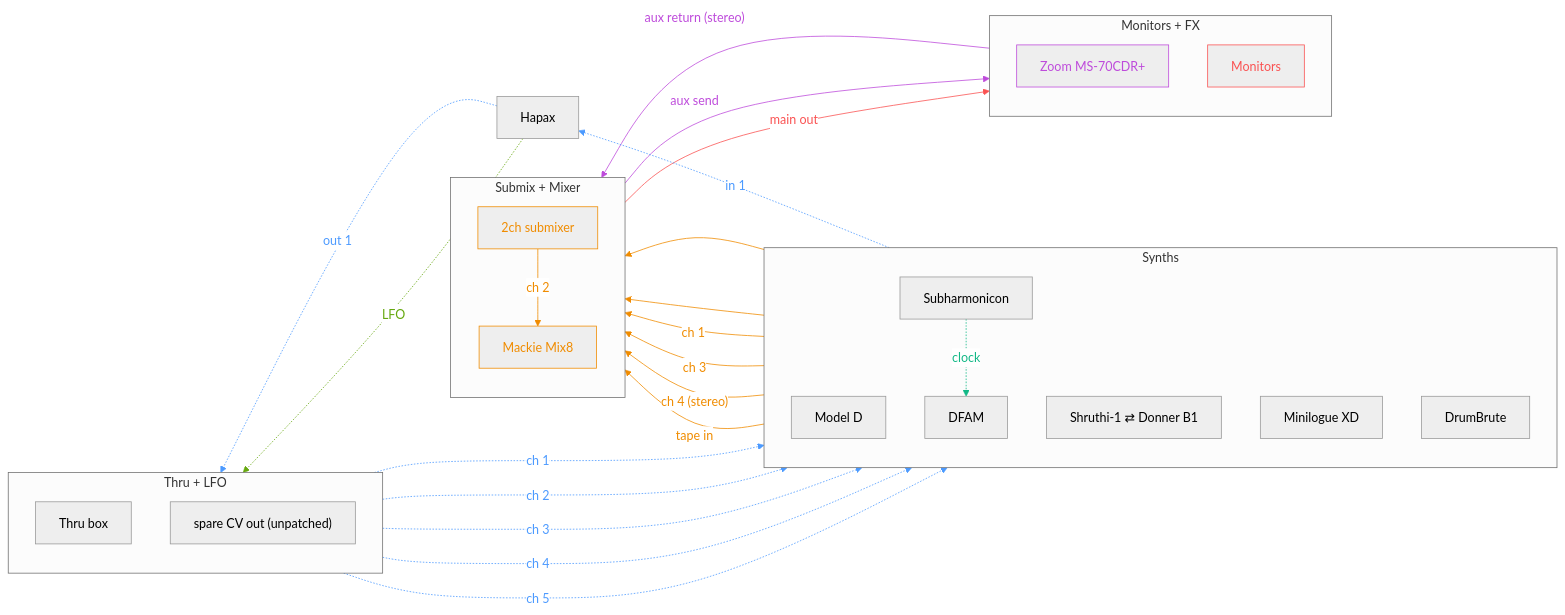
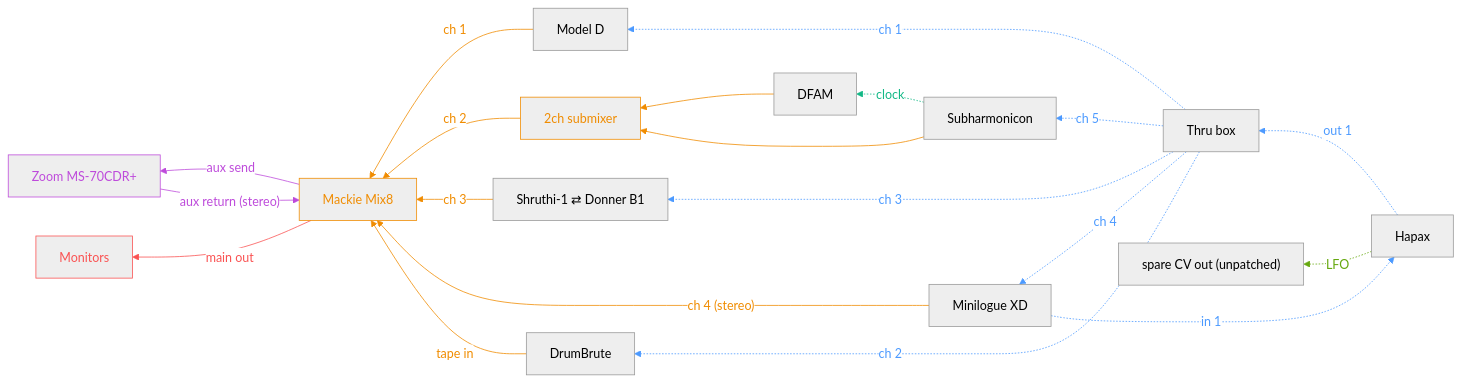
The diagram in README.md (saponace/synth-setup), drawn with Mermaid before and after one commit.

```diff
--- a/README.md
+++ b/README.md
@@ -14,37 +14,22 @@
 
     %% ===== Sequencer brain =====
     HAPAX["Hapax"]
-
-    subgraph SG_THRU["Thru + LFO"]
-        direction TB
-        SPLIT["Thru box"]
-        SPARECV["spare CV out (unpatched)"]
-    end
+    SPLIT["Thru box"]
+    SPARECV["spare CV out (unpatched)"]
 
     %% ===== Synths =====
-    subgraph SG_SYNTHS["Synths"]
-        direction TB
-        MODELD["Model D"]
-        SWAP["Shruthi-1 ⇄ Donner B1"]
-        XD["Minilogue XD"]
-        DBI["DrumBrute"]
-        DFAM["DFAM"]
-        SUBH["Subharmonicon"]
-    end
+    MODELD["Model D"]
+    SWAP["Shruthi-1 ⇄ Donner B1"]
+    XD["Minilogue XD"]
+    DBI["DrumBrute"]
+    DFAM["DFAM"]
+    SUBH["Subharmonicon"]
 
-    %% ===== Submix + Mixer =====
-    subgraph SG_MIX["Submix + Mixer"]
-        direction TB
-        SUBMIX["2ch submixer"]:::mixer
-        MIX["Mackie Mix8"]:::mixer
-    end
-
-    %% ===== Monitors + FX =====
-    subgraph SG_OUT["Monitors + FX"]
-        direction TB
-        ZOOM["Zoom MS-70CDR+"]:::fx
-        MON["Monitors"]:::monitoring
-    end
+    %% ===== Mixer / send  =====
+    SUBMIX["2ch submixer"]:::mixer
+    MIX["Mackie Mix8"]:::mixer
+    ZOOM["Zoom MS-70CDR+"]:::fx
+    MON["Monitors"]:::monitoring
 
     %% ----- MIDI links -----
     HAPAX midi0@-. "out 1" .-> SPLIT
```
